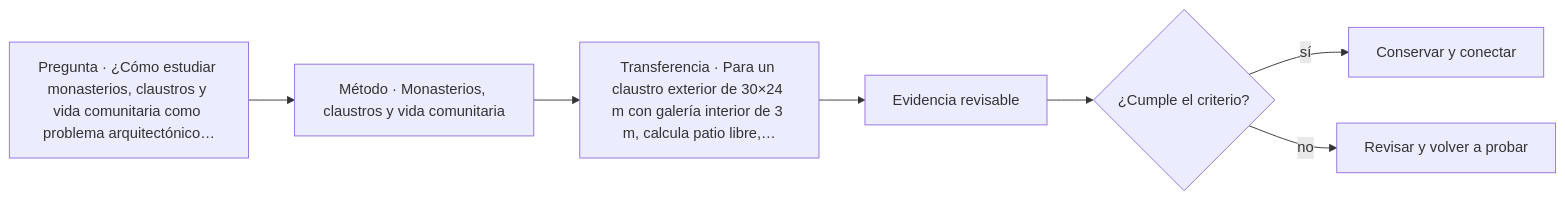
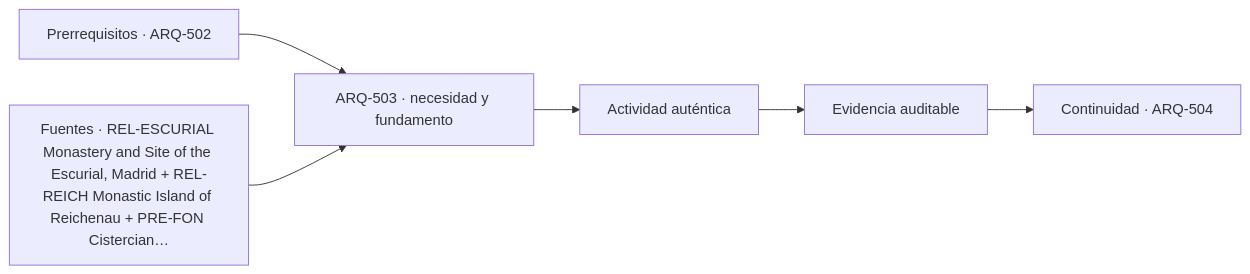
The diagram in classes/parte-51/ARQ-503.md (vladimiracunadev-create/architecture-built-environment-learning-program), drawn with Mermaid before and after one commit. The commit also changed other lines of this file and 761 other files, not shown here.

````diff
--- a/classes/parte-51/ARQ-503.md
+++ b/classes/parte-51/ARQ-503.md
@@ -81,9 +93,8 @@
 ```mermaid
 flowchart LR
-    Q["Pregunta · ¿Cómo estudiar monasterios, claustros y vida comunitaria como problema arquitectónico…"] --> M["Método · Monasterios, claustros y vida comunitaria"]
-    M --> P["Transferencia · Para un claustro exterior de 30×24 m con galería interior de 3 m, calcula patio libre,…"]
-    P --> E["Evidencia revisable"]
-    E --> C{"¿Cumple el criterio?"}
-    C -->|sí| T["Conservar y conectar"]
-    C -->|no| R["Revisar y volver a probar"]
+    A["Prerrequisitos · ARQ-502"] --> B["ARQ-503 · necesidad y fundamento"]
+    S["Fuentes · REL-ESCURIAL Monastery and Site of the Escurial, Madrid + REL-REICH Monastic Island of Reichenau + PRE-FON Cistercian…"] --> B
+    B --> C["Actividad auténtica"]
+    C --> D["Evidencia auditable"]
+    D --> E["Continuidad · ARQ-504"]
 ```
````
